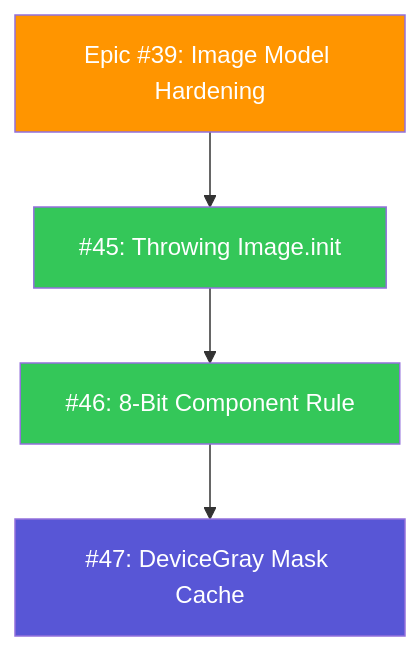
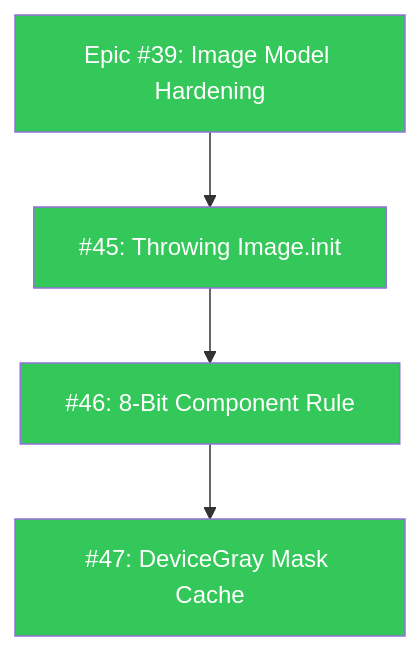
One commit to SlayerMotion/PureDraw changed the fourth of 9 diagrams in README.md. Above: the diagram before and after it, drawn with Mermaid. The commit also changed other lines of this file and 1 other file, not shown here.

First line of the commit message:
docs: update roadmap status for shipped epics 39 and 41

````diff
--- a/README.md
+++ b/README.md
@@ -194,16 +194,16 @@
 ```mermaid
 flowchart TB
     classDef done    fill:#34C759,color:#FFFFFF
     classDef active  fill:#007AFF,color:#FFFFFF
     classDef review  fill:#30B0C7,color:#FFFFFF
     classDef next    fill:#5856D6,color:#FFFFFF
     classDef partial fill:#FF9500,color:#FFFFFF
     classDef todo    fill:#8E8E93,color:#FFFFFF
 
-    Epic39["Epic #39: Image Model Hardening"]:::partial --> I45["#45: Throwing Image.init"]:::done --> I46["#46: 8-Bit Component Rule"]:::done --> I47["#47: DeviceGray Mask Cache"]:::next
+    Epic39["Epic #39: Image Model Hardening"]:::done --> I45["#45: Throwing Image.init"]:::done --> I46["#46: 8-Bit Component Rule"]:::done --> I47["#47: DeviceGray Mask Cache"]:::done
 
     click Epic39 href "https://github.com/mihaelamj/PureDraw/issues/39" "Epic #39"
     click I45 href "https://github.com/mihaelamj/PureDraw/issues/45" "Issue #45"
     click I46 href "https://github.com/mihaelamj/PureDraw/issues/46" "Issue #46"
     click I47 href "https://github.com/mihaelamj/PureDraw/issues/47" "Issue #47"
 ```
````
